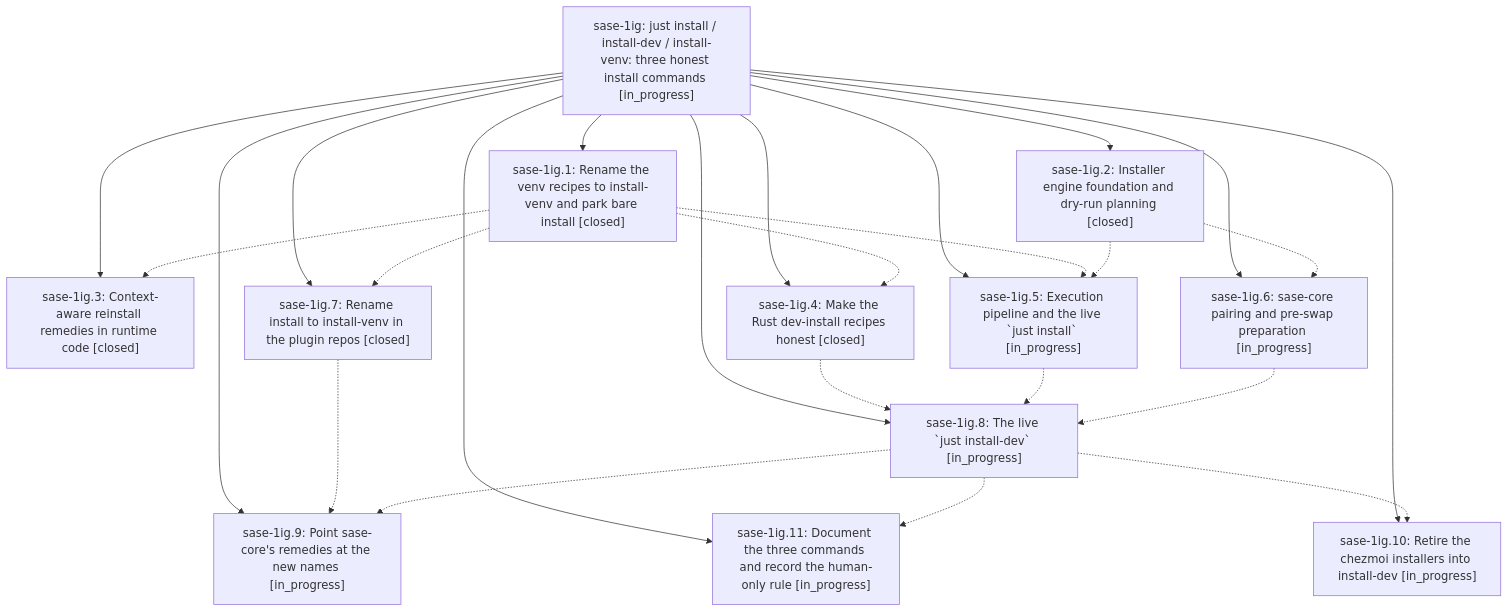
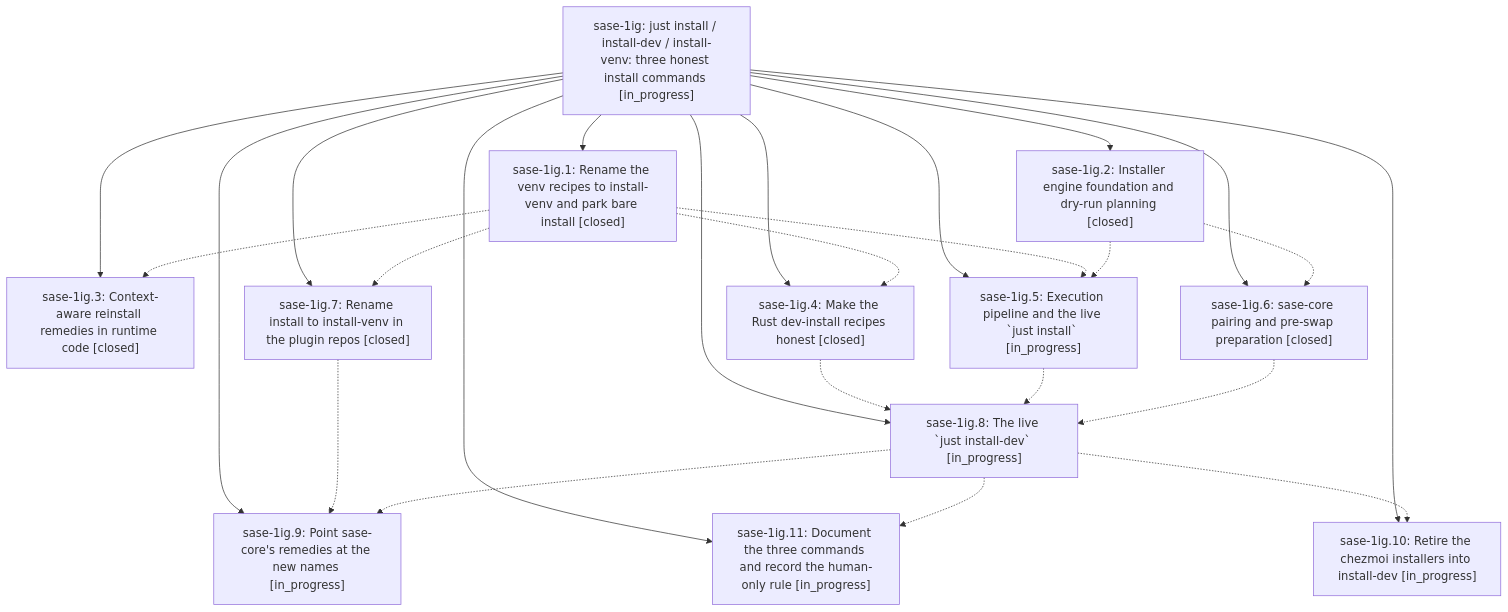
Before and after one commit to sase-org/sase--beads: the diagram in pages/sase-1ig/README.md, drawn with Mermaid. The commit also changed other lines of this file and 5 other files, not shown here.

````diff
--- a/pages/sase-1ig/README.md
+++ b/pages/sase-1ig/README.md
@@ -46,39 +46,39 @@
 ```mermaid
 flowchart TD
     n0["sase-1ig: just install / install-dev / install-venv: three honest install commands [in_progress]"]
     n1["sase-1ig.1: Rename the venv recipes to install-venv and park bare install [closed]"]
     n2["sase-1ig.10: Retire the chezmoi installers into install-dev [in_progress]"]
     n3["sase-1ig.11: Document the three commands and record the human-only rule [in_progress]"]
     n4["sase-1ig.2: Installer engine foundation and dry-run planning [closed]"]
     n5["sase-1ig.3: Context-aware reinstall remedies in runtime code [closed]"]
     n6["sase-1ig.4: Make the Rust dev-install recipes honest [closed]"]
     n7["sase-1ig.5: Execution pipeline and the live `just install` [in_progress]"]
-    n8["sase-1ig.6: sase-core pairing and pre-swap preparation [in_progress]"]
+    n8["sase-1ig.6: sase-core pairing and pre-swap preparation [closed]"]
     n9["sase-1ig.7: Rename install to install-venv in the plugin repos [closed]"]
     n10["sase-1ig.8: The live `just install-dev` [in_progress]"]
     n11["sase-1ig.9: Point sase-core's remedies at the new names [in_progress]"]
     n0 --> n1
     n0 --> n2
     n0 --> n3
     n0 --> n4
     n0 --> n5
     n0 --> n6
     n0 --> n7
     n0 --> n8
     n0 --> n9
     n0 --> n10
     n0 --> n11
     n1 -.-> n5
     n1 -.-> n6
     n1 -.-> n7
     n1 -.-> n9
     n4 -.-> n7
     n4 -.-> n8
     n6 -.-> n10
     n7 -.-> n10
     n8 -.-> n10
     n9 -.-> n11
     n10 -.-> n2
     n10 -.-> n3
     n10 -.-> n11
 ```
````
